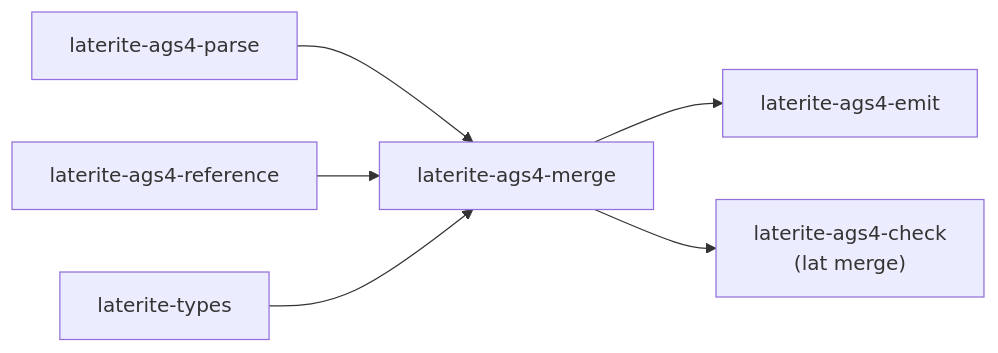
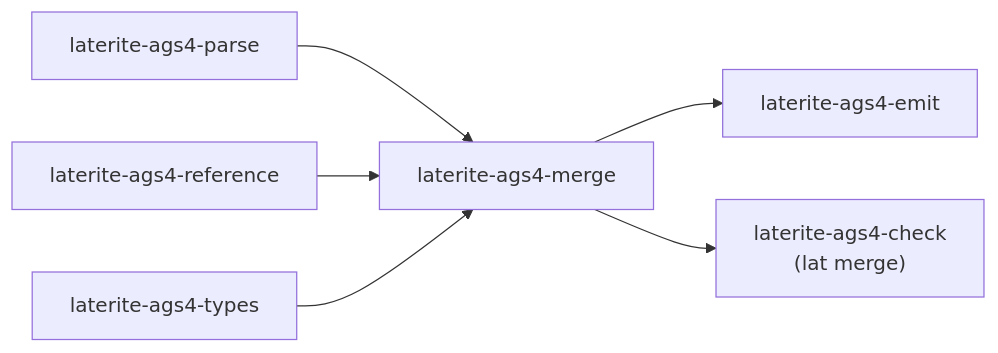
One commit to niko86/laterite changed the diagram in ags-wiki/tools/laterite-ags4-merge.md. Above: the diagram before and after it, drawn with Mermaid. The commit also changed other lines of this file and 103 other files, not shown here.

````diff
--- a/ags-wiki/tools/laterite-ags4-merge.md
+++ b/ags-wiki/tools/laterite-ags4-merge.md
@@ -76,8 +76,8 @@
 ```mermaid
 flowchart LR
   parse[laterite-ags4-parse] --> merge[laterite-ags4-merge]
   ref[laterite-ags4-reference] --> merge
-  types[laterite-types] --> merge
+  types[laterite-ags4-types] --> merge
   merge --> emit[laterite-ags4-emit]
   merge --> check["laterite-ags4-check<br/>(lat merge)"]
 ```
````
